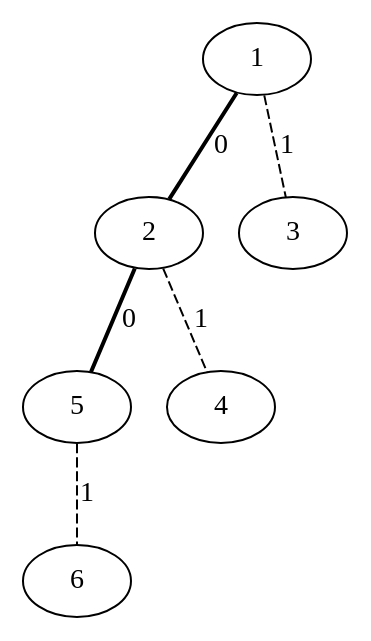
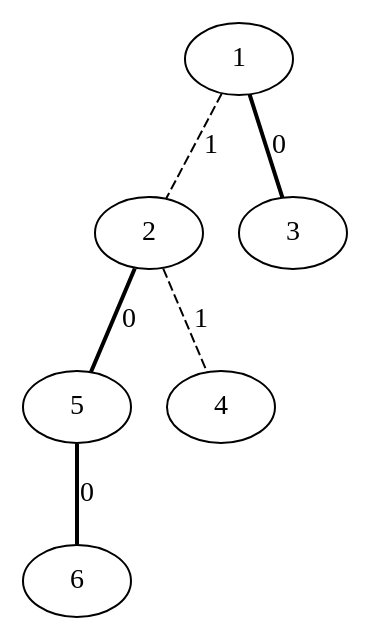
Before and after one commit to Musab1Blaser/DynamicTrees_NF: the diagram in ST-Tree/src/combined_graph.dot, drawn with Graphviz. The commit also changed 3 other files, not shown here.

```diff
--- a/ST-Tree/src/combined_graph.dot
+++ b/ST-Tree/src/combined_graph.dot
@@ -1,7 +1,7 @@
 graph G {
-1 -- 2 [style=bold, label=0];
 2 -- 5 [style=bold, label=0];
-1 -- 3 [style=dashed, label=1];
+5 -- 6 [style=bold, label=0];
+1 -- 3 [style=bold, label=0];
+1 -- 2 [style=dashed, label=1];
 2 -- 4 [style=dashed, label=1];
-5 -- 6 [style=dashed, label=1];
 }
```
